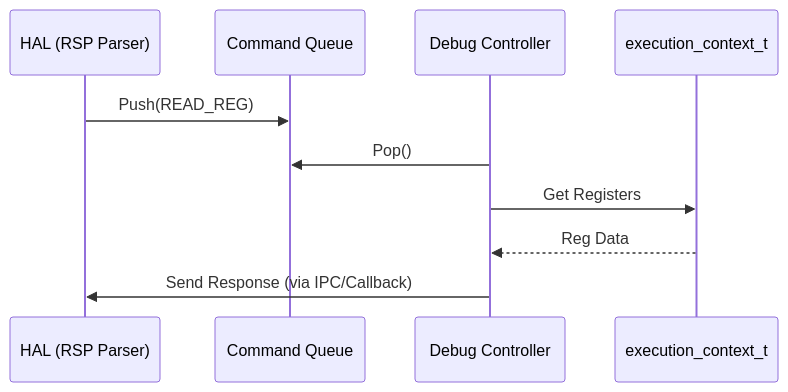
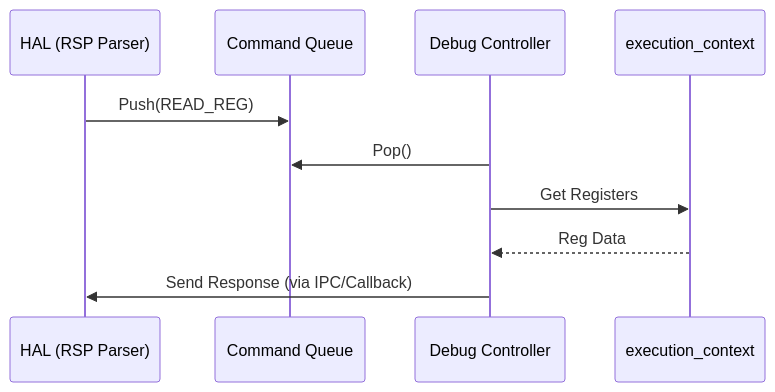
One commit to kmt-t/fireball changed the third of 3 diagrams in docs/orders/components/debugger.md. Above: the diagram before and after it, drawn with Mermaid. The commit also changed other lines of this file and 20 other files, not shown here.

````diff
--- a/docs/orders/components/debugger.md
+++ b/docs/orders/components/debugger.md
@@ -81,13 +81,13 @@
 ```mermaid
 sequenceDiagram
     participant HAL as HAL (RSP Parser)
     participant Q as Command Queue
     participant Ctrl as Debug Controller
-    participant vSoC as execution_context_t
+    participant vSoC as execution_context
     
     HAL->>Q: Push(READ_REG)
     Ctrl->>Q: Pop()
     Ctrl->>vSoC: Get Registers
     vSoC-->>Ctrl: Reg Data
     Ctrl->>HAL: Send Response (via IPC/Callback)
 ```
````
